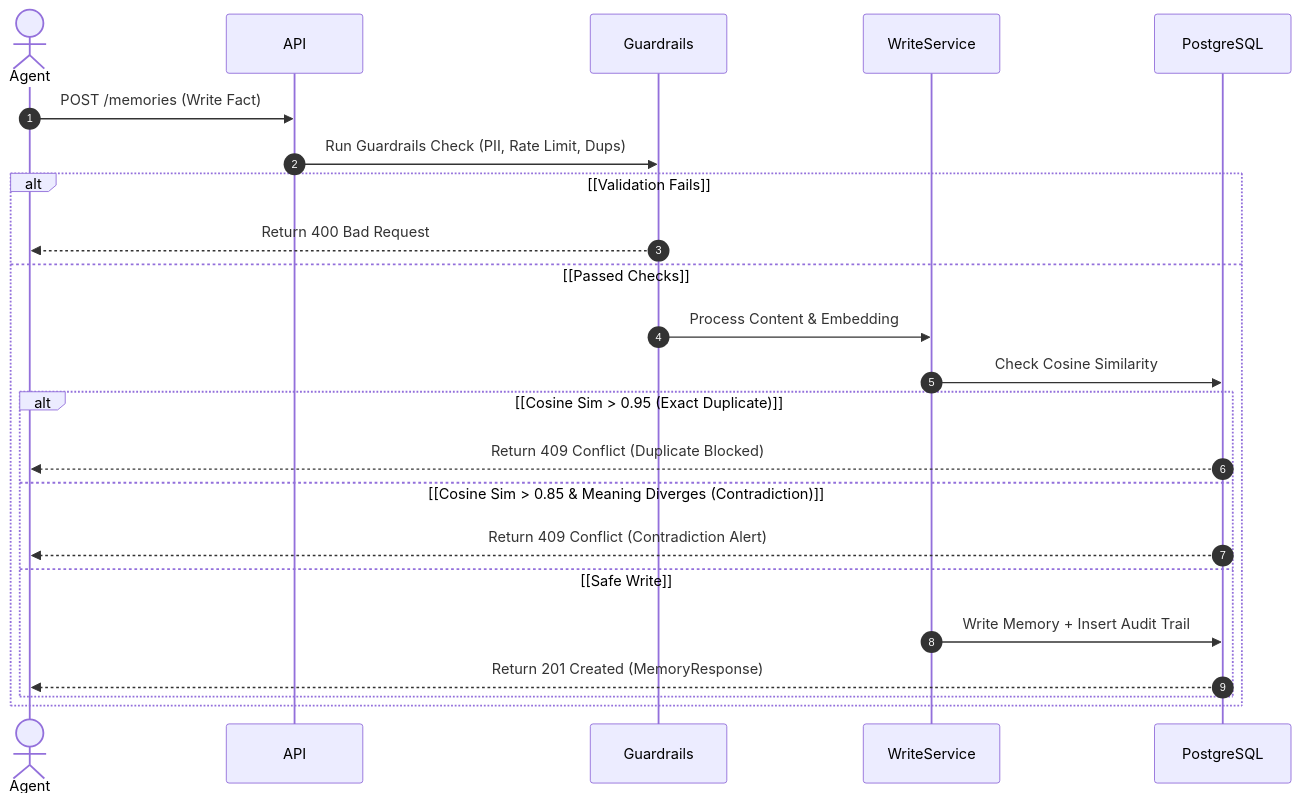
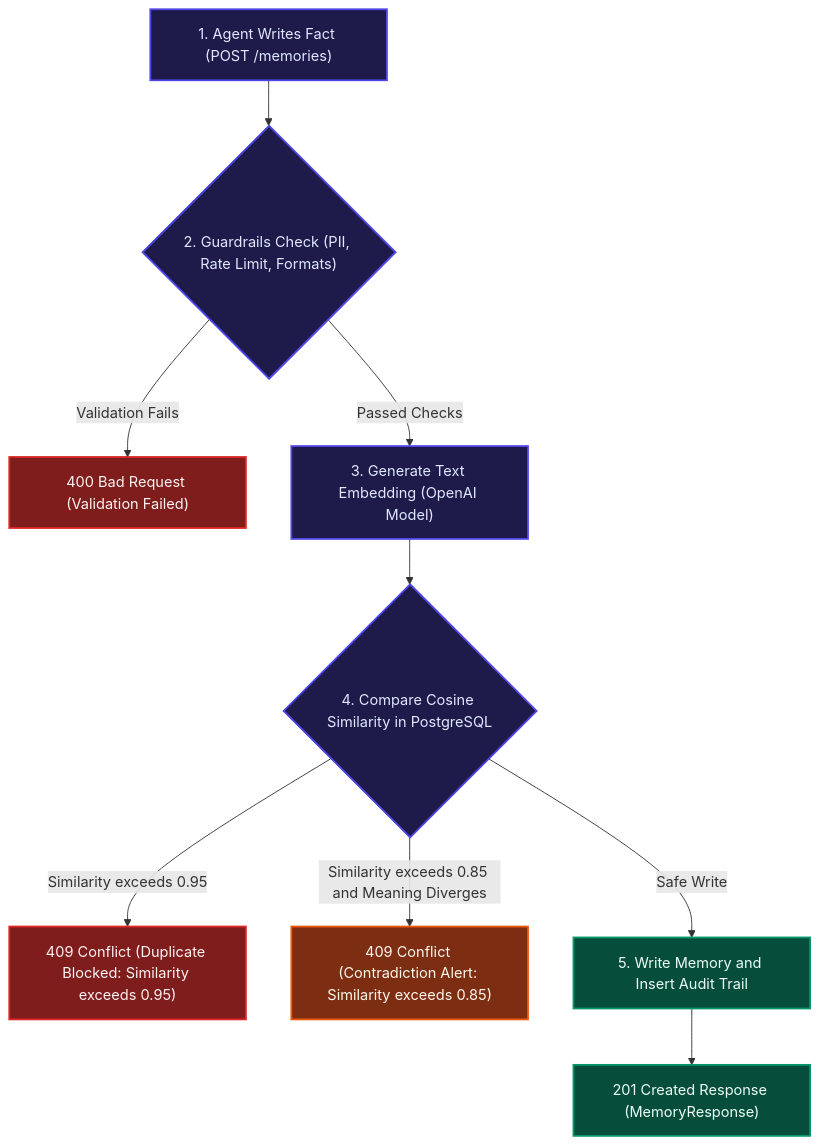
The diagram in README.md (swati21212004/bitemporal-memory), drawn with Mermaid before and after one commit.

Commit message:
docs: refactor sequence diagram to ultra-safe styled flowchart to fix parser loading spinner

````diff
--- a/README.md
+++ b/README.md
@@ -64,26 +64,32 @@
 ```mermaid
-sequenceDiagram
-    autonumber
-    actor Agent
-    participant API
-    participant Guardrails
-    participant WriteService
-    participant PostgreSQL
+graph TD
+    %% Styling Definitions
+    classDef default fill:#0f111a,stroke:#1f2937,stroke-width:1px,color:#cbd5e1;
+    classDef primary fill:#1e1b4b,stroke:#4f46e5,stroke-width:2px,color:#e0e7ff;
+    classDef success fill:#064e3b,stroke:#059669,stroke-width:2px,color:#ecfdf5;
+    classDef danger fill:#7f1d1d,stroke:#dc2626,stroke-width:2px,color:#fef2f2;
+    classDef warning fill:#7c2d12,stroke:#ea580c,stroke-width:2px,color:#fff7ed;
 
-    Agent->>API: POST /memories (Write Fact)
-    API->>Guardrails: Run Guardrails Check (PII, Rate Limit, Dups)
-    alt [Validation Fails]
-        Guardrails-->>Agent: Return 400 Bad Request
-    else [Passed Checks]
-        Guardrails->>WriteService: Process Content & Embedding
-        WriteService->>PostgreSQL: Check Cosine Similarity
-        alt [Cosine Sim > 0.95 (Exact Duplicate)]
-            PostgreSQL-->>Agent: Return 409 Conflict (Duplicate Blocked)
-        else [Cosine Sim > 0.85 & Meaning Diverges (Contradiction)]
-            PostgreSQL-->>Agent: Return 409 Conflict (Contradiction Alert)
-        else [Safe Write]
-            WriteService->>PostgreSQL: Write Memory + Insert Audit Trail
-            PostgreSQL-->>Agent: Return 201 Created (MemoryResponse)
-        end
-    end
+    %% Nodes
+    AgentRequest["1. Agent Writes Fact (POST /memories)"]:::primary
+    GuardrailCheck{"2. Guardrails Check (PII, Rate Limit, Formats)"}:::primary
+    FailResponse["400 Bad Request (Validation Failed)"]:::danger
+    
+    ProcessEmbedding["3. Generate Text Embedding (OpenAI Model)"]:::primary
+    DBQuery{"4. Compare Cosine Similarity in PostgreSQL"}:::primary
+    
+    DuplicateBlock["409 Conflict (Duplicate Blocked: Similarity exceeds 0.95)"]:::danger
+    ContradictionBlock["409 Conflict (Contradiction Alert: Similarity exceeds 0.85)"]:::warning
+    SafeWrite["5. Write Memory and Insert Audit Trail"]:::success
+    SuccessResponse["201 Created Response (MemoryResponse)"]:::success
+
+    %% Connections
+    AgentRequest --> GuardrailCheck
+    GuardrailCheck -->|Validation Fails| FailResponse
+    GuardrailCheck -->|Passed Checks| ProcessEmbedding
+    ProcessEmbedding --> DBQuery
+    DBQuery -->|Similarity exceeds 0.95| DuplicateBlock
+    DBQuery -->|Similarity exceeds 0.85 and Meaning Diverges| ContradictionBlock
+    DBQuery -->|Safe Write| SafeWrite
+    SafeWrite --> SuccessResponse
 ```
````
